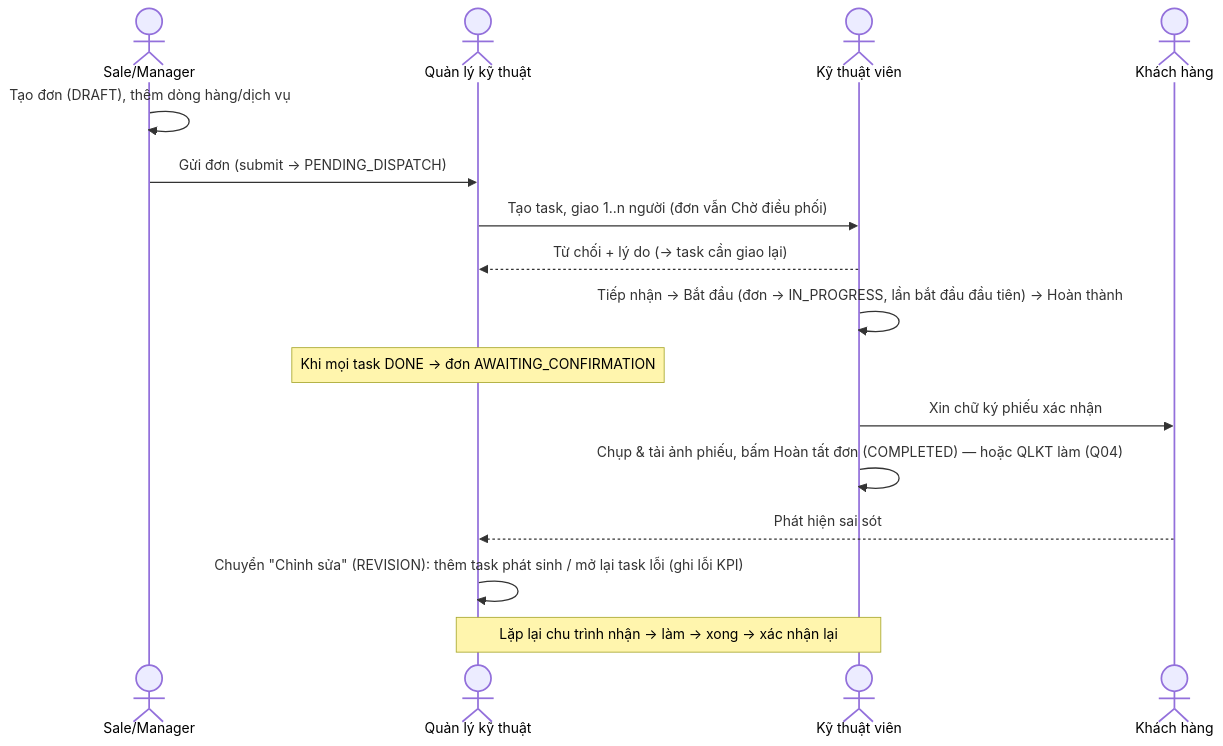
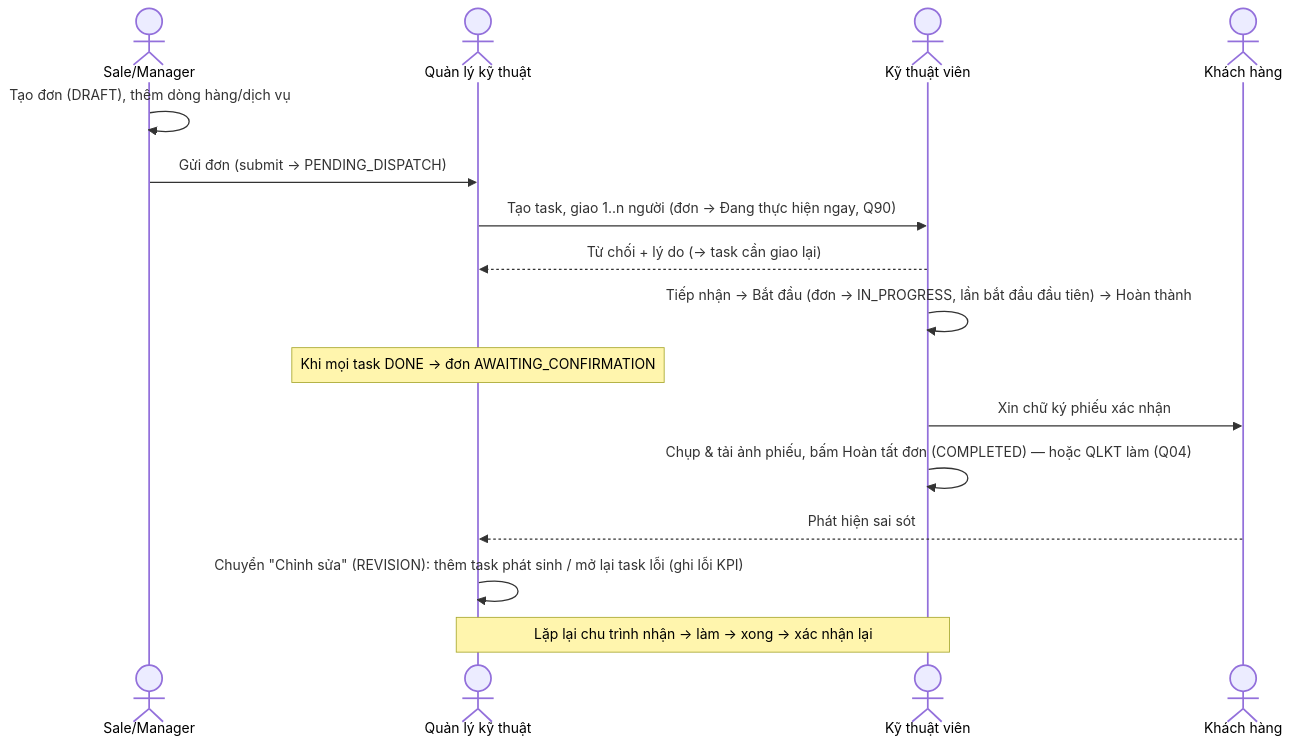
Before and after one commit to tamnguyentran/smyou-pro: the first of 3 diagrams in docs/product/WORKFLOWS.md, drawn with Mermaid. The commit also changed other lines of this file and 86 other files, not shown here.

First line of the commit message:
feat(M23b/M24/M25/M26/UAT): business charts UI, revenue by product report, per-card chart periods, role user guide, UAT bugfixes

````diff
--- a/docs/product/WORKFLOWS.md
+++ b/docs/product/WORKFLOWS.md
@@ -7,18 +7,18 @@
 ```mermaid
 sequenceDiagram
   actor S as Sale/Manager
   actor L as Quản lý kỹ thuật
   actor T as Kỹ thuật viên
   actor C as Khách hàng
   S->>S: Tạo đơn (DRAFT), thêm dòng hàng/dịch vụ
   S->>L: Gửi đơn (submit → PENDING_DISPATCH)
-  L->>T: Tạo task, giao 1..n người (đơn vẫn Chờ điều phối)
+  L->>T: Tạo task, giao 1..n người (đơn → Đang thực hiện ngay, Q90)
   T-->>L: Từ chối + lý do (→ task cần giao lại)
   T->>T: Tiếp nhận → Bắt đầu (đơn → IN_PROGRESS, lần bắt đầu đầu tiên) → Hoàn thành
   Note over L: Khi mọi task DONE → đơn AWAITING_CONFIRMATION
   T->>C: Xin chữ ký phiếu xác nhận
   T->>T: Chụp & tải ảnh phiếu, bấm Hoàn tất đơn (COMPLETED) — hoặc QLKT làm (Q04)
   C-->>L: Phát hiện sai sót
   L->>L: Chuyển "Chỉnh sửa" (REVISION): thêm task phát sinh / mở lại task lỗi (ghi lỗi KPI)
   Note over L,T: Lặp lại chu trình nhận → làm → xong → xác nhận lại
 ```
````
